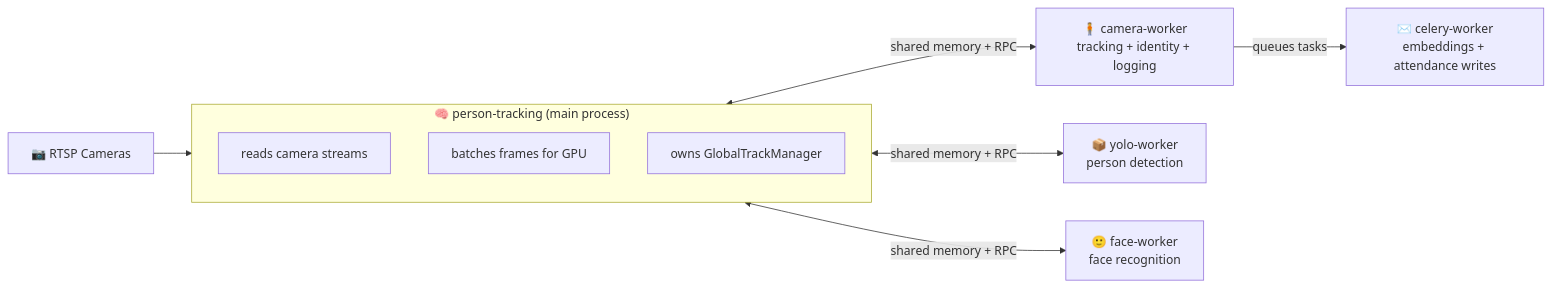
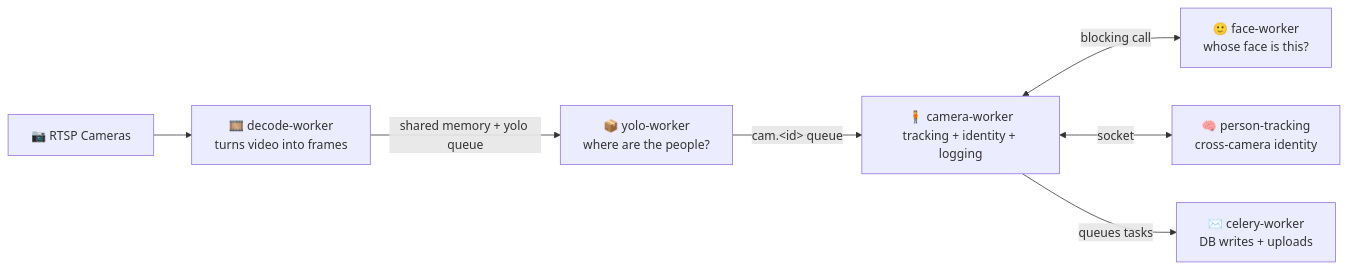
The first of 2 diagrams in docs/PIPELINE_OVERVIEW.md (lumiohub-ai/lum-model-face-recognition), drawn with Mermaid before and after one commit. The commit also changed other lines of this file and 2 other files, not shown here.

````diff
--- a/docs/PIPELINE_OVERVIEW.md
+++ b/docs/PIPELINE_OVERVIEW.md
@@ -40,22 +44,18 @@
 ```mermaid
 flowchart LR
     CAM["📷 RTSP Cameras"]
 
-    subgraph MAIN["🧠 person-tracking (main process)"]
-        direction TB
-        M1["reads camera streams"]
-        M2["batches frames for GPU"]
-        M3["owns GlobalTrackManager"]
-    end
+    DW["🎞️ decode-worker<br/>turns video into frames"]
+    YW["📦 yolo-worker<br/>where are the people?"]
+    CW["🧍 camera-worker<br/>tracking + identity + logging"]
+    FW["🙂 face-worker<br/>whose face is this?"]
+    PT["🧠 person-tracking<br/>cross-camera identity"]
+    OTHER["✉️ celery-worker<br/>DB writes + uploads"]
 
-    CW["🧍 camera-worker\ntracking + identity + logging"]
-    YW["📦 yolo-worker\nperson detection"]
-    FW["🙂 face-worker\nface recognition"]
-    OTHER["✉️ celery-worker\nembeddings + attendance writes"]
-
-    CAM --> MAIN
-    MAIN <-->|shared memory + RPC| CW
-    MAIN <-->|shared memory + RPC| YW
-    MAIN <-->|shared memory + RPC| FW
-    CW -->|queues tasks| OTHER
+    CAM --> DW
+    DW -->|"shared memory + yolo queue"| YW
+    YW -->|"cam.&lt;id&gt; queue"| CW
+    CW <-->|"blocking call"| FW
+    CW <-->|"socket"| PT
+    CW -->|"queues tasks"| OTHER
 ```
````
